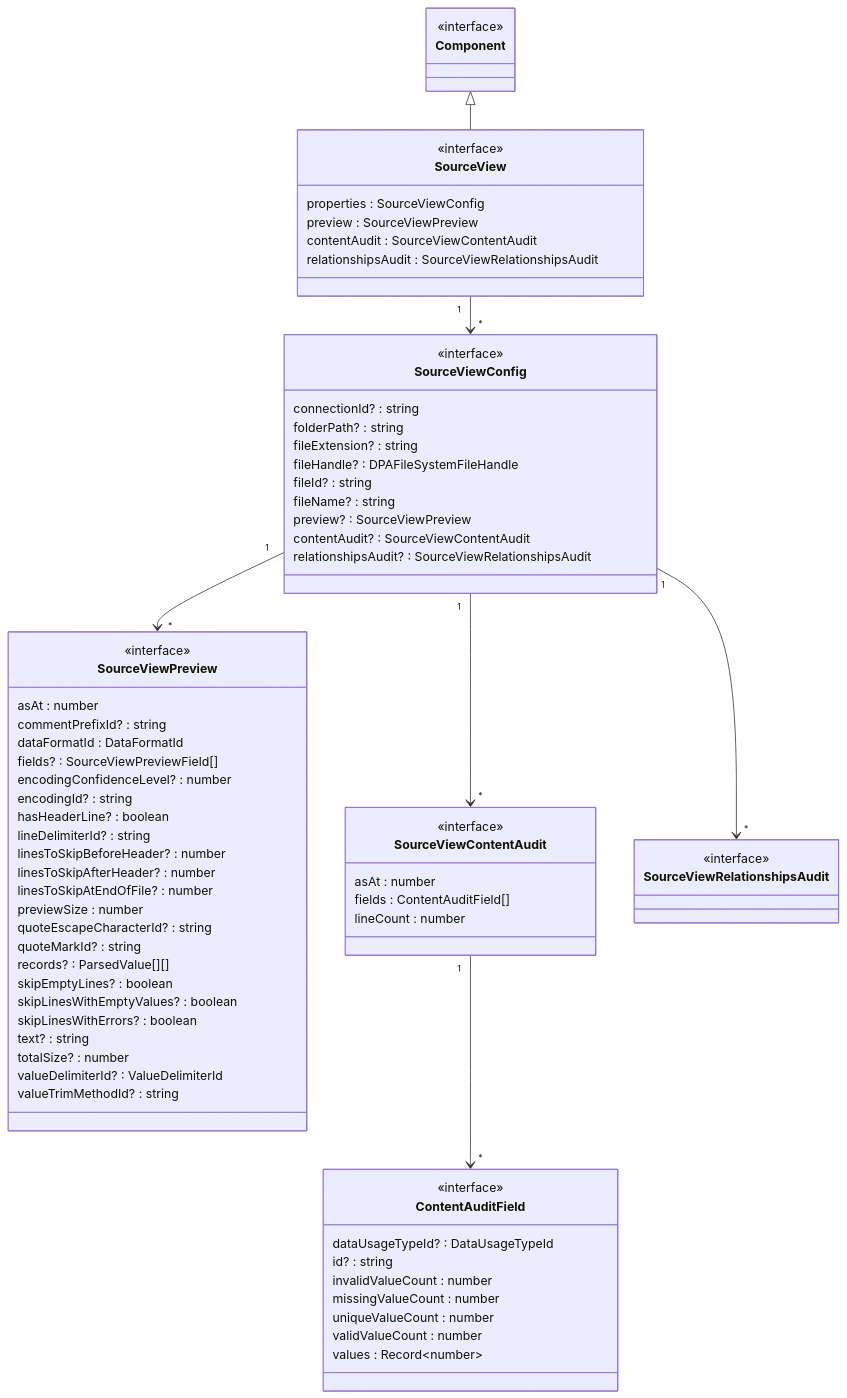
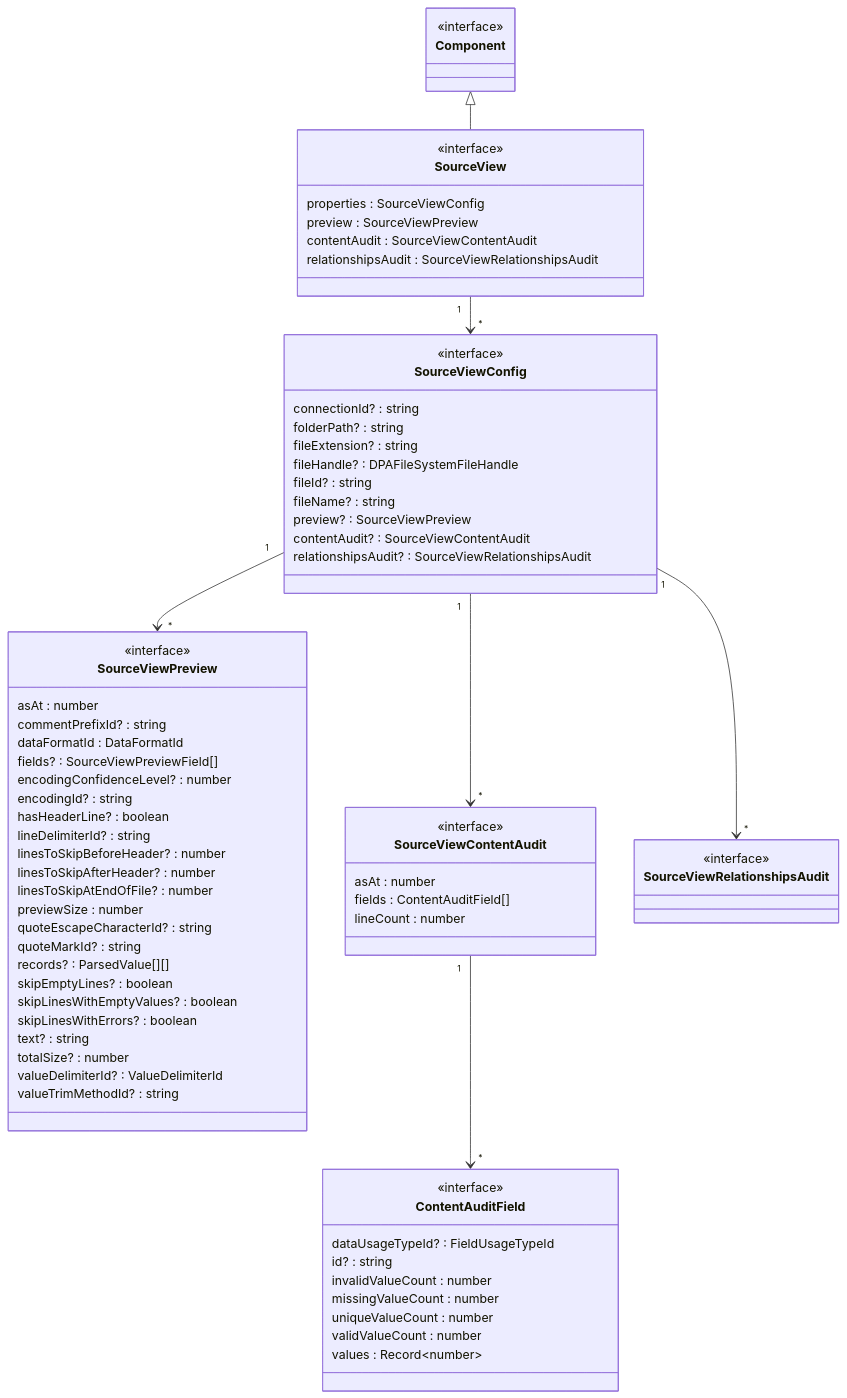
One commit to data-positioning/datapos-shared changed diagram 18 of 22 in README.md. Above: the diagram before and after it, drawn with Mermaid. The commit also changed other lines of this file and 6 other files, not shown here.

```diff
--- a/README.md
+++ b/README.md
@@ -681,7 +681,7 @@
 
     class ContentAuditField {
         <<interface>>
-        dataUsageTypeId? : DataUsageTypeId
+        dataUsageTypeId? : FieldUsageTypeId
         id? : string
         invalidValueCount : number
         missingValueCount : number
```
